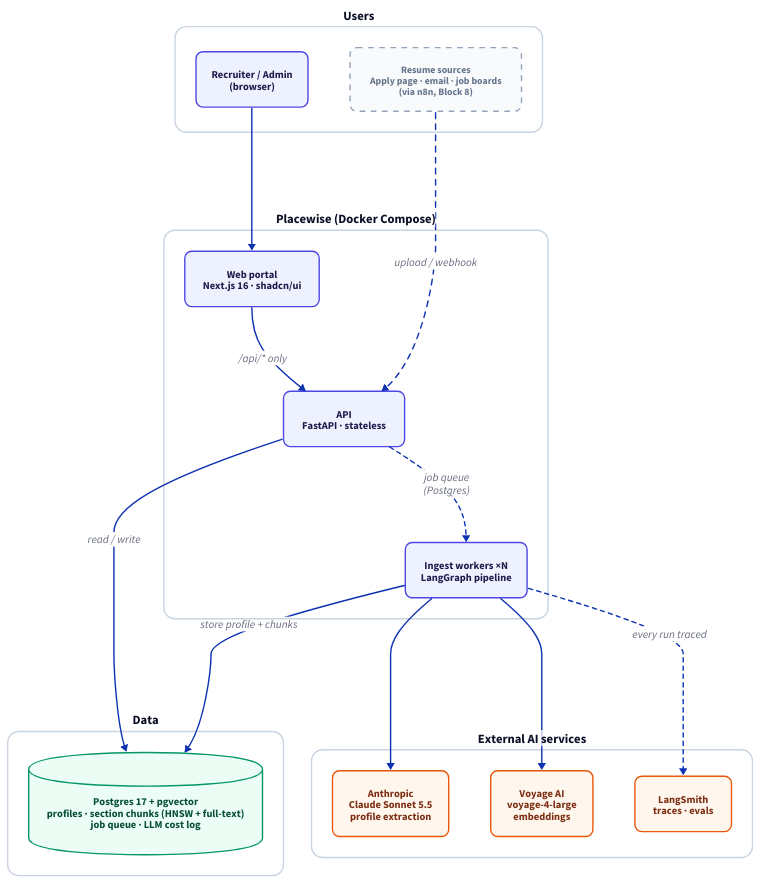
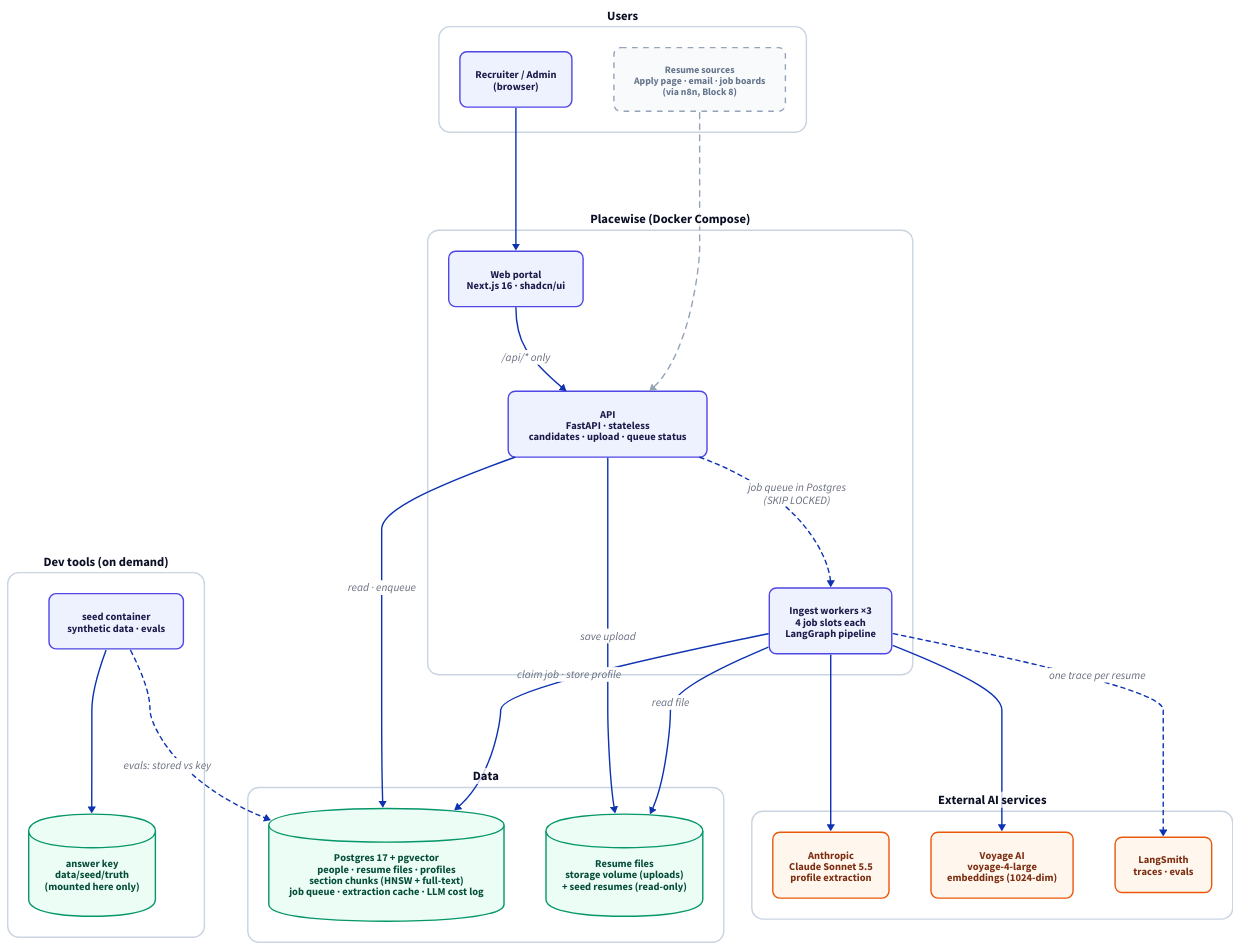
The diagram in docs/diagrams/src/architecture.d2 (bprakashputta/placewise), drawn with D2 before and after one commit. The commit also changed 32 other files, not shown here.

First line of the commit message:
Block 2: docs (ingest module, ADRs 010-016, all diagrams converted to D2), D2 rule in AGENTS.md

```diff
--- a/docs/diagrams/src/architecture.d2
+++ b/docs/diagrams/src/architecture.d2
@@ -1,46 +1,57 @@
 # Placewise system architecture (D2). Render: docker run ... terrastruct/d2:v0.7.1 --layout elk src/architecture.d2 architecture.svg
 vars: {d2-config: {theme-id: 0; pad: 30}}
 direction: down
 
 classes: {
   svc: {style: {fill: "#EEF2FF"; stroke: "#4F46E5"; border-radius: 10; font-color: "#1E1B4B"; stroke-width: 2; font-size: 15}}
   store: {shape: cylinder; style: {fill: "#ECFDF5"; stroke: "#059669"; font-color: "#064E3B"; stroke-width: 2; font-size: 15}}
   ext: {style: {fill: "#FFF7ED"; stroke: "#EA580C"; border-radius: 10; font-color: "#7C2D12"; stroke-width: 2; font-size: 15}}
   planned: {style: {fill: "#F8FAFC"; stroke: "#94A3B8"; stroke-dash: 4; border-radius: 10; font-color: "#64748B"; font-size: 14}}
   group: {style: {fill: "#FFFFFF"; stroke: "#CBD5E1"; border-radius: 16; font-size: 18; bold: true}}
 }
 
 users: Users {
   class: group
   recruiter: "Recruiter / Admin\n(browser)" {class: svc}
   sources: "Resume sources\nApply page · email · job boards\n(via n8n, Block 8)" {class: planned}
 }
 
 app: "Placewise (Docker Compose)" {
   class: group
   web: "Web portal\nNext.js 16 · shadcn/ui" {class: svc}
-  api: "API\nFastAPI · stateless" {class: svc}
-  worker: "Ingest workers ×N\nLangGraph pipeline" {class: svc}
+  api: "API\nFastAPI · stateless\ncandidates · upload · queue status" {class: svc}
+  worker: "Ingest workers ×3\n4 job slots each\nLangGraph pipeline" {class: svc}
   web -> api: "/api/* only"
-  api -> worker: "job queue\n(Postgres)" {style.stroke-dash: 3}
+  api -> worker: "job queue in Postgres\n(SKIP LOCKED)" {style.stroke-dash: 3}
 }
 
 data: Data {
   class: group
-  db: "Postgres 17 + pgvector\nprofiles · section chunks (HNSW + full-text)\njob queue · LLM cost log" {class: store}
+  db: "Postgres 17 + pgvector\npeople · resume files · profiles\nsection chunks (HNSW + full-text)\njob queue · extraction cache · LLM cost log" {class: store}
+  files: "Resume files\nstorage volume (uploads)\n+ seed resumes (read-only)" {class: store}
 }
 
 ai: "External AI services" {
   class: group
   claude: "Anthropic\nClaude Sonnet 5.5\nprofile extraction" {class: ext}
-  voyage: "Voyage AI\nvoyage-4-large\nembeddings" {class: ext}
+  voyage: "Voyage AI\nvoyage-4-large\nembeddings (1024-dim)" {class: ext}
   langsmith: "LangSmith\ntraces · evals" {class: ext}
 }
 
+dev: "Dev tools (on demand)" {
+  class: group
+  seed: "seed container\nsynthetic data · evals" {class: svc}
+  truth: "answer key\ndata/seed/truth\n(mounted here only)" {class: store}
+  seed -> truth
+}
+
 users.recruiter -> app.web
-users.sources -> app.api: "upload / webhook" {style.stroke-dash: 4}
-app.api -> data.db: "read / write"
-app.worker -> data.db: "store profile + chunks"
+users.sources -> app.api {class: planned; style.stroke-dash: 4}
+app.api -> data.db: "read · enqueue"
+app.api -> data.files: "save upload"
+app.worker -> data.db: "claim job · store profile"
+app.worker -> data.files: "read file"
 app.worker -> ai.claude
 app.worker -> ai.voyage
-app.worker -> ai.langsmith: "every run traced" {style.stroke-dash: 3}
+app.worker -> ai.langsmith: "one trace per resume" {style.stroke-dash: 3}
+dev.seed -> data.db: "evals: stored vs key" {style.stroke-dash: 3}
```
